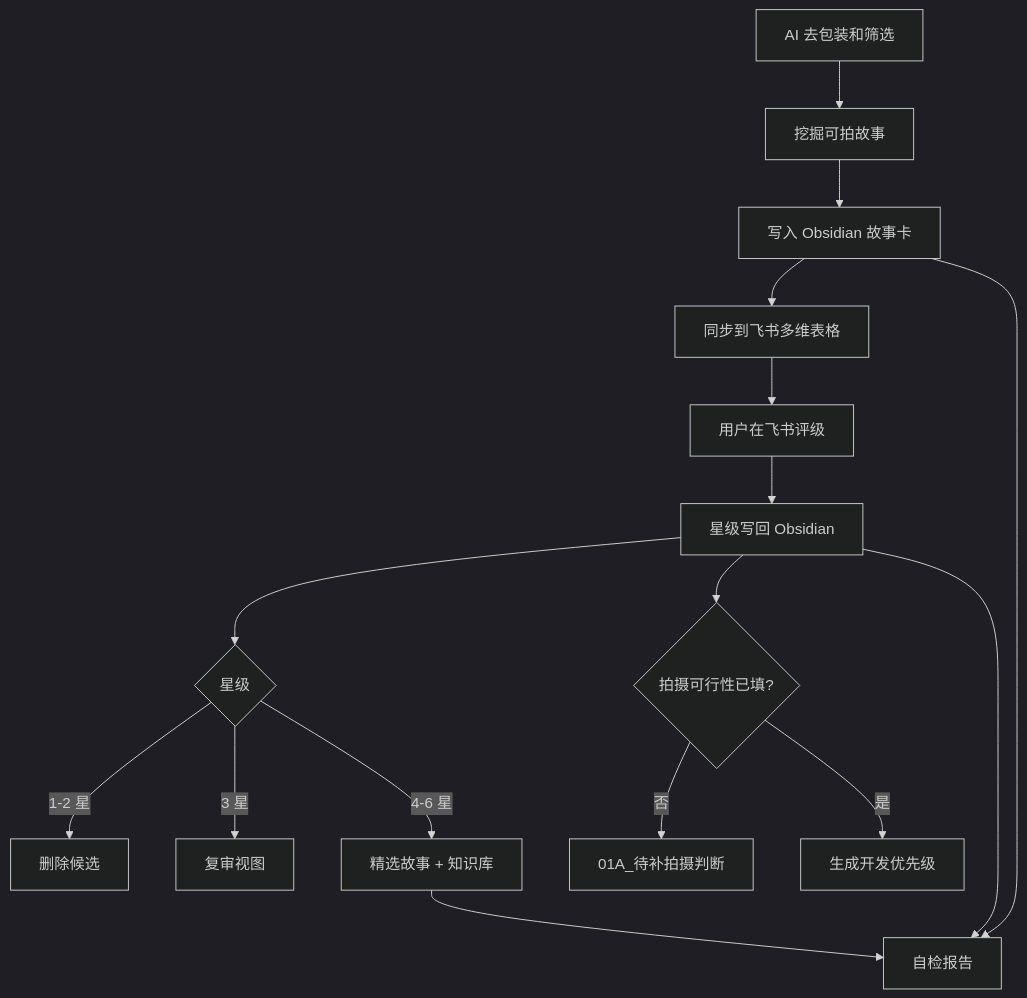
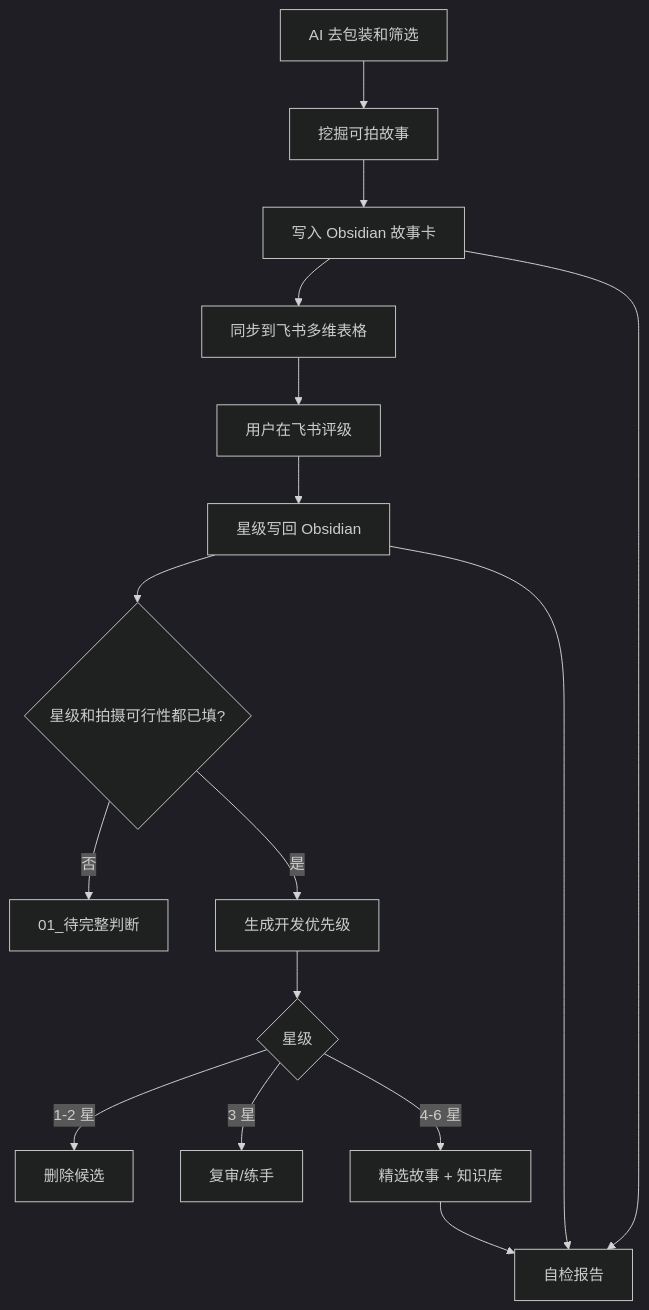
Before and after one commit to 1218364504x-sudo/sucai-jilei-chendian-workflow: the diagram in docs/01-workflow-overview.md, drawn with Mermaid (dark theme). The commit also changed other lines of this file and 9 other files, not shown here.

````diff
--- a/docs/01-workflow-overview.md
+++ b/docs/01-workflow-overview.md
@@ -20,18 +20,18 @@
 ```mermaid
 flowchart TD
     A["AI 去包装和筛选"] --> B["挖掘可拍故事"]
     B --> C["写入 Obsidian 故事卡"]
     C --> D["同步到飞书多维表格"]
     D --> E["用户在飞书评级"]
     E --> F["星级写回 Obsidian"]
-    F --> G{"星级"}
-    F --> L{"拍摄可行性已填?"}
-    L -->|"否"| M["01A_待补拍摄判断"]
+    F --> L{"星级和拍摄可行性都已填?"}
+    L -->|"否"| M["01_待完整判断"]
     L -->|"是"| N["生成开发优先级"]
+    N --> G{"星级"}
     G -->|"1-2 星"| H["删除候选"]
-    G -->|"3 星"| I["复审视图"]
+    G -->|"3 星"| I["复审/练手"]
     G -->|"4-6 星"| J["精选故事 + 知识库"]
     C --> K["自检报告"]
     F --> K
     J --> K
 ```
````
